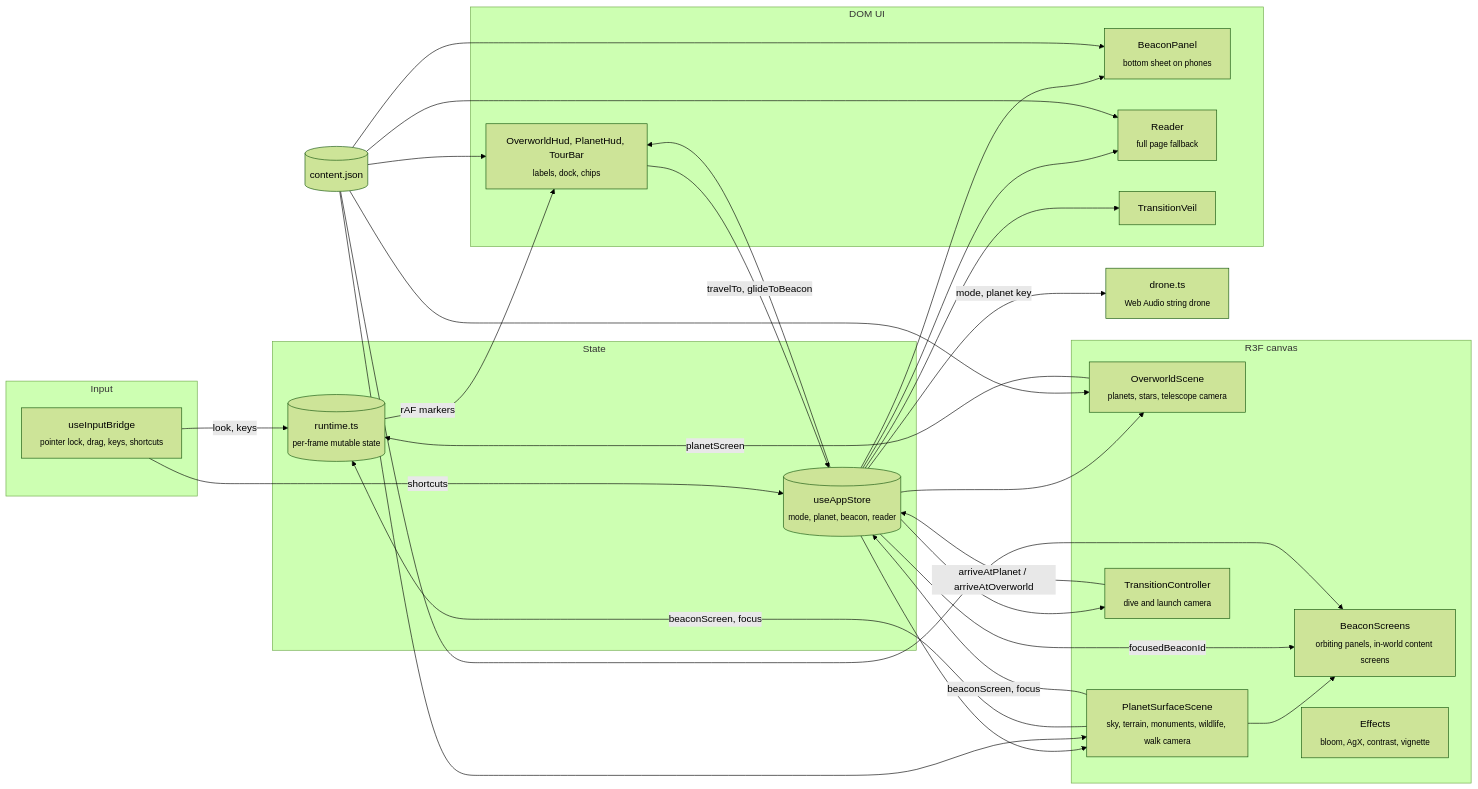
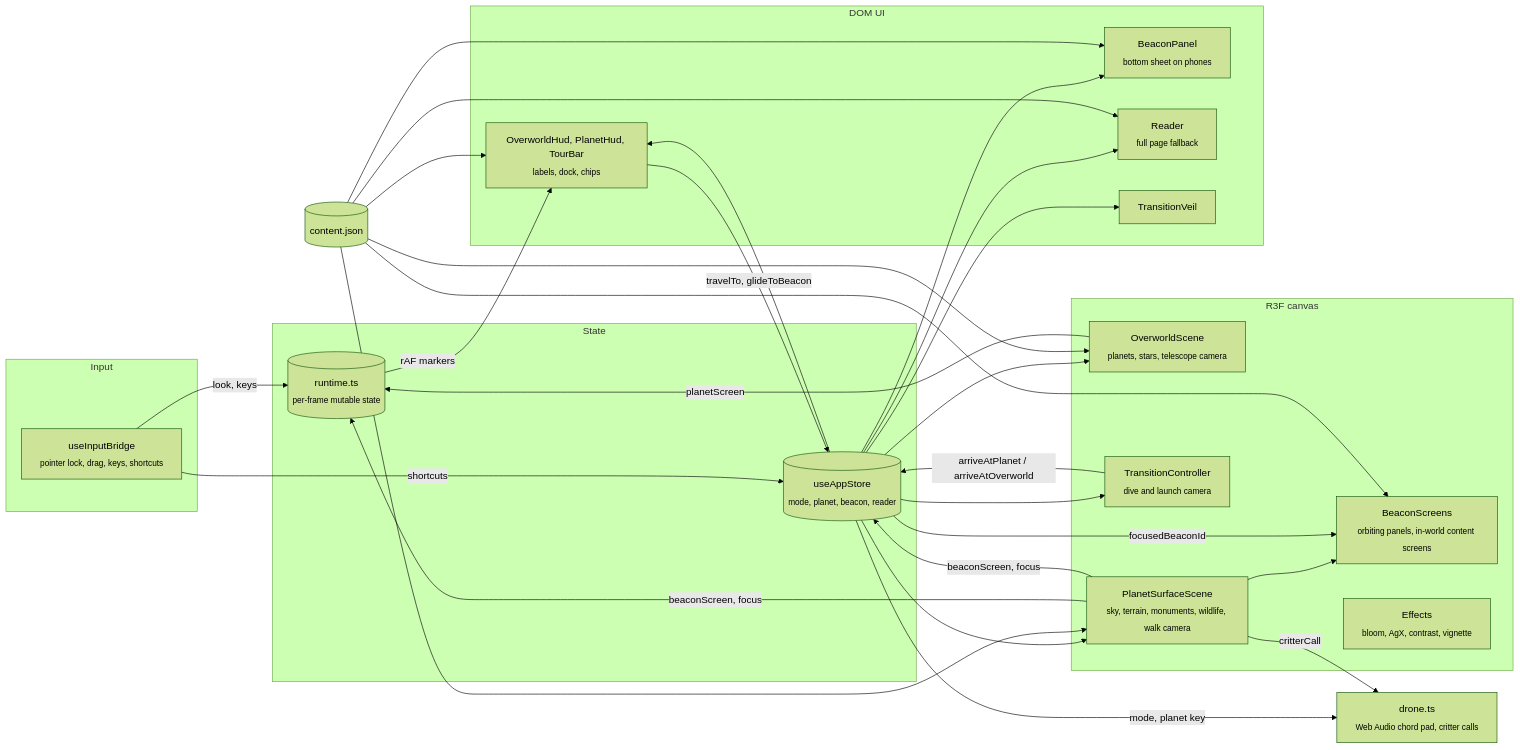
The first of 2 diagrams in README.md (teddycitrus/portfolio), drawn with Mermaid (forest theme) before and after one commit. The commit also changed other lines of this file and 7 other files, not shown here.

Commit message:
added unique pillar forms, hologram screens, chord pad, critter AI

````diff
--- a/README.md
+++ b/README.md
@@ -19,38 +19,39 @@
 ```mermaid
 flowchart LR
   subgraph Input
     bridge["useInputBridge<br/><sub>pointer lock, drag, keys, shortcuts</sub>"]
   end
   subgraph State
     store[("useAppStore<br/><sub>mode, planet, beacon, reader</sub>")]
     runtime[("runtime.ts<br/><sub>per-frame mutable state</sub>")]
   end
   subgraph Canvas["R3F canvas"]
     overworld["OverworldScene<br/><sub>planets, stars, telescope camera</sub>"]
     surface["PlanetSurfaceScene<br/><sub>sky, terrain, monuments, wildlife, walk camera</sub>"]
     screens["BeaconScreens<br/><sub>orbiting panels, in-world content screens</sub>"]
     transition["TransitionController<br/><sub>dive and launch camera</sub>"]
     fx["Effects<br/><sub>bloom, AgX, contrast, vignette</sub>"]
   end
   subgraph DOM["DOM UI"]
     hud["OverworldHud, PlanetHud, TourBar<br/><sub>labels, dock, chips</sub>"]
     panel["BeaconPanel<br/><sub>bottom sheet on phones</sub>"]
     reader["Reader<br/><sub>full page fallback</sub>"]
     veil["TransitionVeil"]
   end
   content[("content.json")]
-  drone["drone.ts<br/><sub>Web Audio string drone</sub>"]
+  drone["drone.ts<br/><sub>Web Audio chord pad, critter calls</sub>"]
 
   bridge -->|"look, keys"| runtime
   bridge -->|"shortcuts"| store
   store --> overworld & surface & transition & hud & panel & reader & veil
   overworld -->|"planetScreen"| runtime
   surface -->|"beaconScreen, focus"| runtime & store
   runtime -->|"rAF markers"| hud
   surface --> screens
+  surface -->|"critterCall"| drone
   store -->|"focusedBeaconId"| screens
   store -->|"mode, planet key"| drone
   content --> overworld & surface & hud & panel & reader & screens
   hud -->|"travelTo, glideToBeacon"| store
   transition -->|"arriveAtPlanet / arriveAtOverworld"| store
 ```
````
